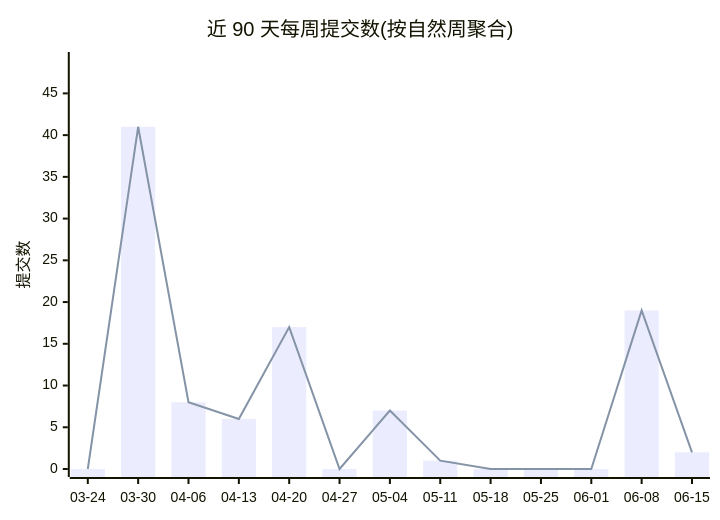
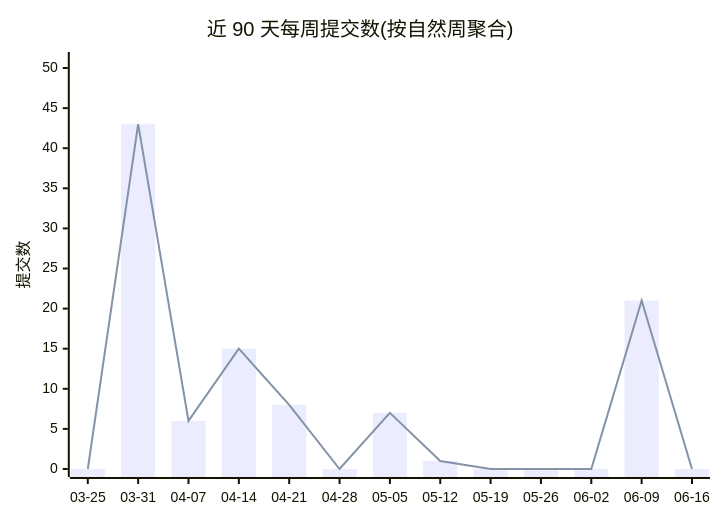
One commit to Conflux-Union/.github changed the first of 2 diagrams in profile/README.md. Above: the diagram before and after it, drawn with Mermaid. The commit also changed other lines of this file and 1 other file, not shown here.

````diff
--- a/profile/README.md
+++ b/profile/README.md
@@ -44,8 +44,8 @@
 ```mermaid
 xychart-beta
     title "近 90 天每周提交数(按自然周聚合)"
-    x-axis ["03-24", "03-30", "04-06", "04-13", "04-20", "04-27", "05-04", "05-11", "05-18", "05-25", "06-01", "06-08", "06-15"]
-    y-axis "提交数" 0 --> 49
-    bar [0, 41, 8, 6, 17, 0, 7, 1, 0, 0, 0, 19, 2]
-    line [0, 41, 8, 6, 17, 0, 7, 1, 0, 0, 0, 19, 2]
+    x-axis ["03-25", "03-31", "04-07", "04-14", "04-21", "04-28", "05-05", "05-12", "05-19", "05-26", "06-02", "06-09", "06-16"]
+    y-axis "提交数" 0 --> 51
+    bar [0, 43, 6, 15, 8, 0, 7, 1, 0, 0, 0, 21, 0]
+    line [0, 43, 6, 15, 8, 0, 7, 1, 0, 0, 0, 21, 0]
 ```
````
